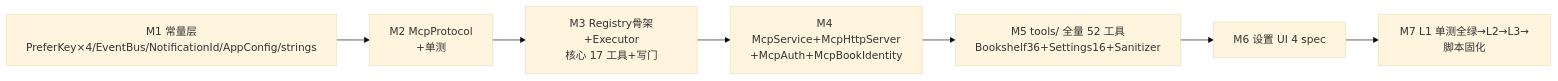
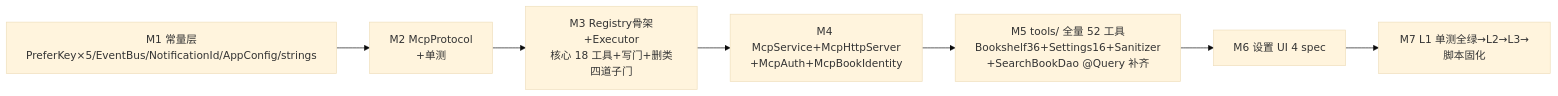
The second of 2 diagrams in docs/specs/ng-benchmark-analysis/migration-designs/P2-mcp-service.md (legado-backup/legado-m), drawn with Mermaid (base theme) before and after one commit. The commit also changed other lines of this file and 61 other files, not shown here.

````diff
--- a/docs/specs/ng-benchmark-analysis/migration-designs/P2-mcp-service.md
+++ b/docs/specs/ng-benchmark-analysis/migration-designs/P2-mcp-service.md
@@ -360,9 +374,9 @@
 ```mermaid
 graph LR
-    M1[M1 常量层<br/>PreferKey×4/EventBus/NotificationId/AppConfig/strings] --> M2[M2 McpProtocol<br/>+单测]
-    M2 --> M3[M3 Registry骨架+Executor<br/>核心 17 工具+写门]
+    M1[M1 常量层<br/>PreferKey×5/EventBus/NotificationId/AppConfig/strings] --> M2[M2 McpProtocol<br/>+单测]
+    M2 --> M3[M3 Registry骨架+Executor<br/>核心 18 工具+写门+删类四道子门]
     M3 --> M4[M4 McpService+McpHttpServer<br/>+McpAuth+McpBookIdentity]
-    M4 --> M5[M5 tools/ 全量 52 工具<br/>Bookshelf36+Settings16+Sanitizer]
+    M4 --> M5[M5 tools/ 全量 52 工具<br/>Bookshelf36+Settings16+Sanitizer<br/>+SearchBookDao @Query 补齐]
     M5 --> M6[M6 设置 UI 4 spec]
     M6 --> M7[M7 L1 单测全绿→L2→L3→脚本固化]
 ```
````
